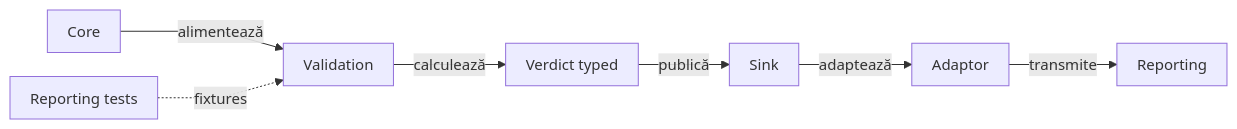
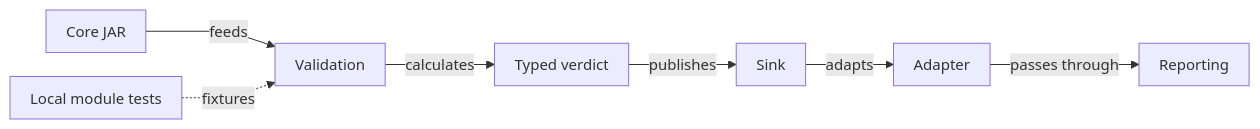
Before and after one commit to crististefanita/atf_j0: the first of 2 diagrams in atf-validation/README.md, drawn with Mermaid. The commit also changed other lines of this file and 113 other files, not shown here.

````diff
--- a/atf-validation/README.md
+++ b/atf-validation/README.md
@@ -24,10 +29,10 @@
 ```mermaid
 %%{init: {"themeVariables":{"fontSize":"15px"},"themeCSS":".nodeLabel, .nodeLabel p { font-size: 15px !important; line-height: 1.35 !important; } .edgeLabel, .edgeLabel p { font-size: 12px !important; font-weight: 400 !important; line-height: 1.2 !important; } .edgeLabel .labelBkg, .edgeLabel p { background: transparent !important; } .edgeLabel foreignObject { transform: translateY(-18px); overflow: visible; } .node rect { rx: 6px; ry: 6px; }","flowchart":{"curve":"linear","nodeSpacing":24,"rankSpacing":40,"padding":10,"diagramPadding":16}}}%%
 flowchart LR
-    Core["Core"] -->|alimentează| Validation["Validation"]
-    Tests["Reporting tests"] -. fixtures .-> Validation
-    Validation -->|calculează| Decision["Verdict typed"]
-    Decision -->|publică| Sink["Sink"]
-    Sink -->|adaptează| Adapter["Adaptor"]
-    Adapter -->|transmite| Reporting["Reporting"]
+    Core["Core JAR"] -->|feeds| Validation["Validation"]
+    Tests["Local module tests"] -. fixtures .-> Validation
+    Validation -->|calculates| Decision["Typed verdict"]
+    Decision -->|publishes| Sink["Sink"]
+    Sink -->|adapts| Adapter["Adapter"]
+    Adapter -->|passes through| Reporting["Reporting"]
 ```
````
